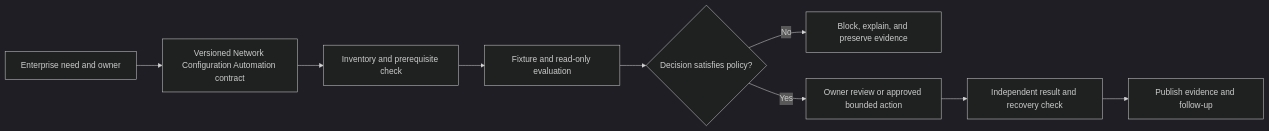
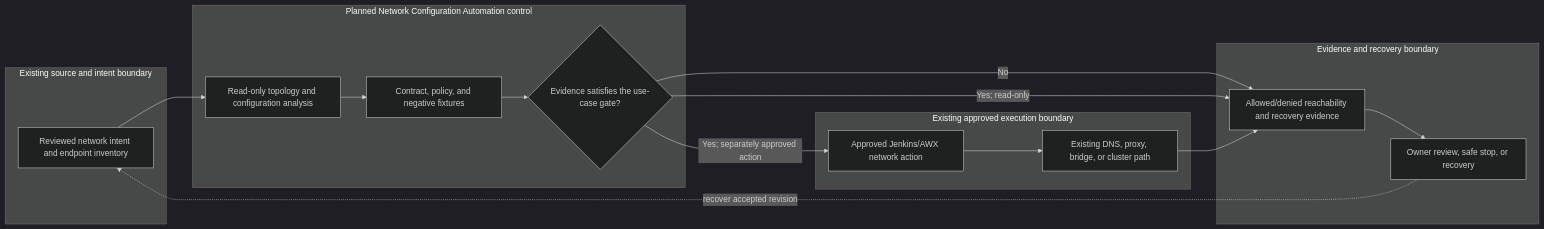
One commit to MIDHTECH/enterprise-architecture-docs changed the diagram in docs/use-cases/network/UC-NET-008-network-configuration-automation.md. Above: the diagram before and after it, drawn with Mermaid (dark theme). The commit also changed other lines of this file and 227 other files, not shown here.

Commit message:
Deepen architecture for all use case designs

````diff
--- a/docs/use-cases/network/UC-NET-008-network-configuration-automation.md
+++ b/docs/use-cases/network/UC-NET-008-network-configuration-automation.md
@@ -136,11 +129,25 @@
 ```mermaid
 flowchart LR
-    Need["Enterprise need and owner"] --> Contract["Versioned Network Configuration Automation contract"]
-    Contract --> Preflight["Inventory and prerequisite check"]
-    Preflight --> Evaluate["Fixture and read-only evaluation"]
-    Evaluate --> Decision{"Decision satisfies policy?"}
-    Decision -->|No| Stop["Block, explain, and preserve evidence"]
-    Decision -->|Yes| Review["Owner review or approved bounded action"]
-    Review --> Verify["Independent result and recovery check"]
-    Verify --> Publish["Publish evidence and follow-up"]
+    subgraph Source["Existing source and intent boundary"]
+        A["Reviewed network intent and endpoint inventory"]
+    end
+    subgraph Planned["Planned Network Configuration Automation control"]
+        B["Read-only topology and configuration analysis"]
+        C["Contract, policy, and negative fixtures"]
+        D{"Evidence satisfies the use-case gate?"}
+    end
+    subgraph Runtime["Existing approved execution boundary"]
+        E["Approved Jenkins/AWX network action"]
+        F["Existing DNS, proxy, bridge, or cluster path"]
+    end
+    subgraph Assurance["Evidence and recovery boundary"]
+        G["Allowed/denied reachability and recovery evidence"]
+        H["Owner review, safe stop, or recovery"]
+    end
+
+    A --> B --> C --> D
+    D -->|No| G --> H
+    D -->|Yes; read-only| G
+    D -->|Yes; separately approved action| E --> F --> G
+    H -. recover accepted revision .-> A
 ```
````
